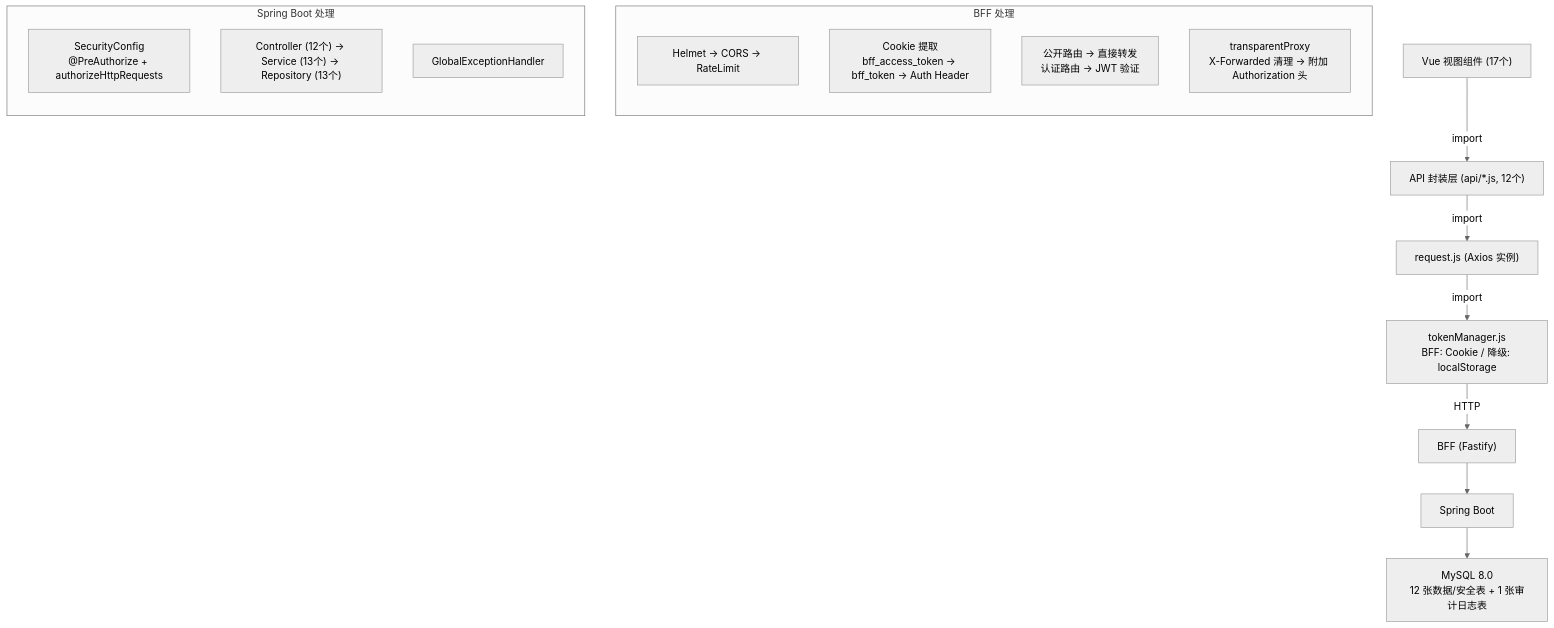
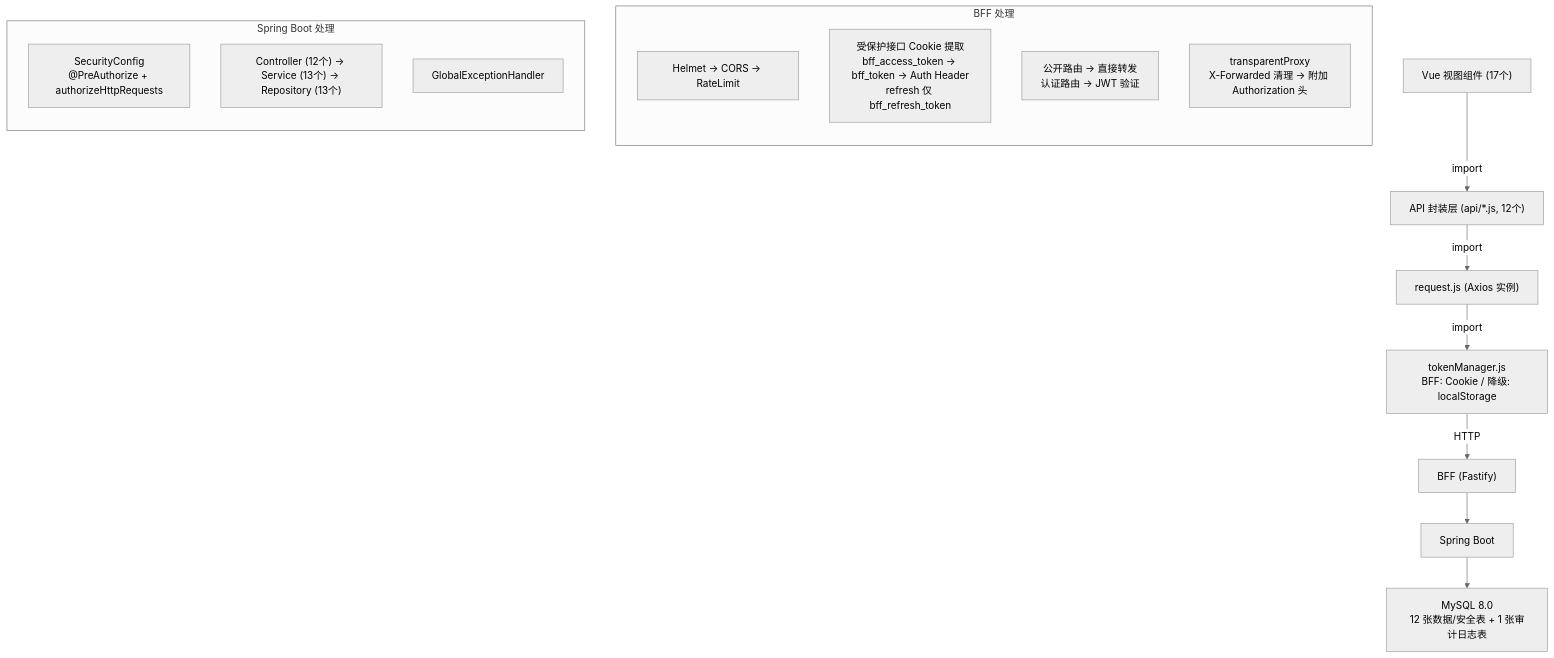
Before and after one commit to duyanta123/shujuku: the sixth of 7 diagrams in CODE_WIKI.md, drawn with Mermaid (neutral theme). The commit also changed other lines of this file and 78 other files, not shown here.

````diff
--- a/CODE_WIKI.md
+++ b/CODE_WIKI.md
@@ -1982,26 +1984,26 @@
 ```mermaid
 flowchart TD
     Views["Vue 视图组件 (17个)"] -->|import| API["API 封装层 (api/*.js, 12个)"]
     API -->|import| Request["request.js (Axios 实例)"]
     Request -->|import| TokenMgr["tokenManager.js<br/>BFF: Cookie / 降级: localStorage"]
     TokenMgr -->|HTTP| BFF["BFF (Fastify)"]
 
     subgraph BFF_Detail["BFF 处理"]
         direction TB
         B1["Helmet → CORS → RateLimit"]
-        B2["Cookie 提取<br/>bff_access_token → bff_token → Auth Header"]
+        B2["受保护接口 Cookie 提取<br/>bff_access_token → bff_token → Auth Header<br/>refresh 仅 bff_refresh_token"]
         B3["公开路由 → 直接转发<br/>认证路由 → JWT 验证"]
         B4["transparentProxy<br/>X-Forwarded 清理 → 附加 Authorization 头"]
     end
 
     BFF --> Backend["Spring Boot"]
 
     subgraph Backend_Detail["Spring Boot 处理"]
         direction TB
         C1["SecurityConfig<br/>@PreAuthorize + authorizeHttpRequests"]
         C2["Controller (12个) → Service (13个) → Repository (13个)"]
         C3["GlobalExceptionHandler"]
     end
 
     Backend --> DB["MySQL 8.0<br/>12 张数据/安全表 + 1 张审计日志表"]
 ```
````
